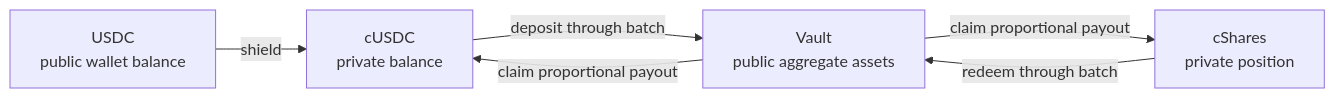
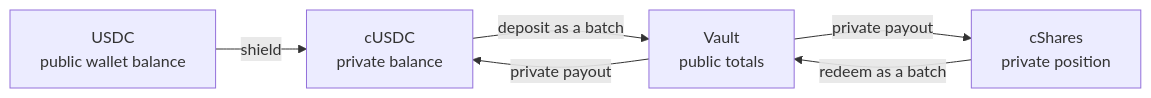
Before and after one commit to zama-ai/fhevm: the third of 5 diagrams in solana/demo-dapp/README.md, drawn with Mermaid. The commit also changed other lines of this file, not shown here.

Commit message:
docs(solana): record vault demo decisions

````diff
--- a/solana/demo-dapp/README.md
+++ b/solana/demo-dapp/README.md
@@ -49,8 +86,8 @@
 ```mermaid
 flowchart LR
     USDC["USDC<br/>public wallet balance"] -->|"shield"| CUSDC["cUSDC<br/>private balance"]
-    CUSDC -->|"deposit through batch"| VAULT["Vault<br/>public aggregate assets"]
-    VAULT -->|"claim proportional payout"| CSHARES["cShares<br/>private position"]
-    CSHARES -->|"redeem through batch"| VAULT
-    VAULT -->|"claim proportional payout"| CUSDC
+    CUSDC -->|"deposit as a batch"| Vault["Vault<br/>public totals"]
+    Vault -->|"private payout"| CSHARES["cShares<br/>private position"]
+    CSHARES -->|"redeem as a batch"| Vault
+    Vault -->|"private payout"| CUSDC
 ```
````
